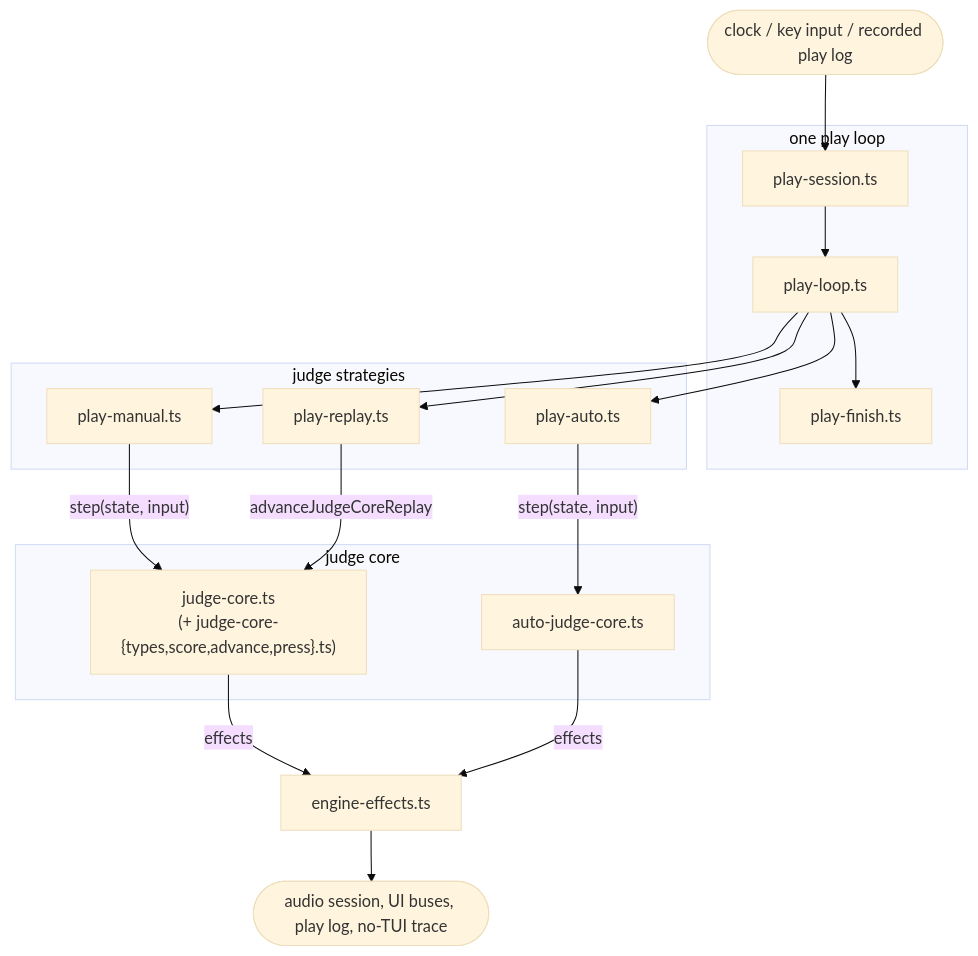
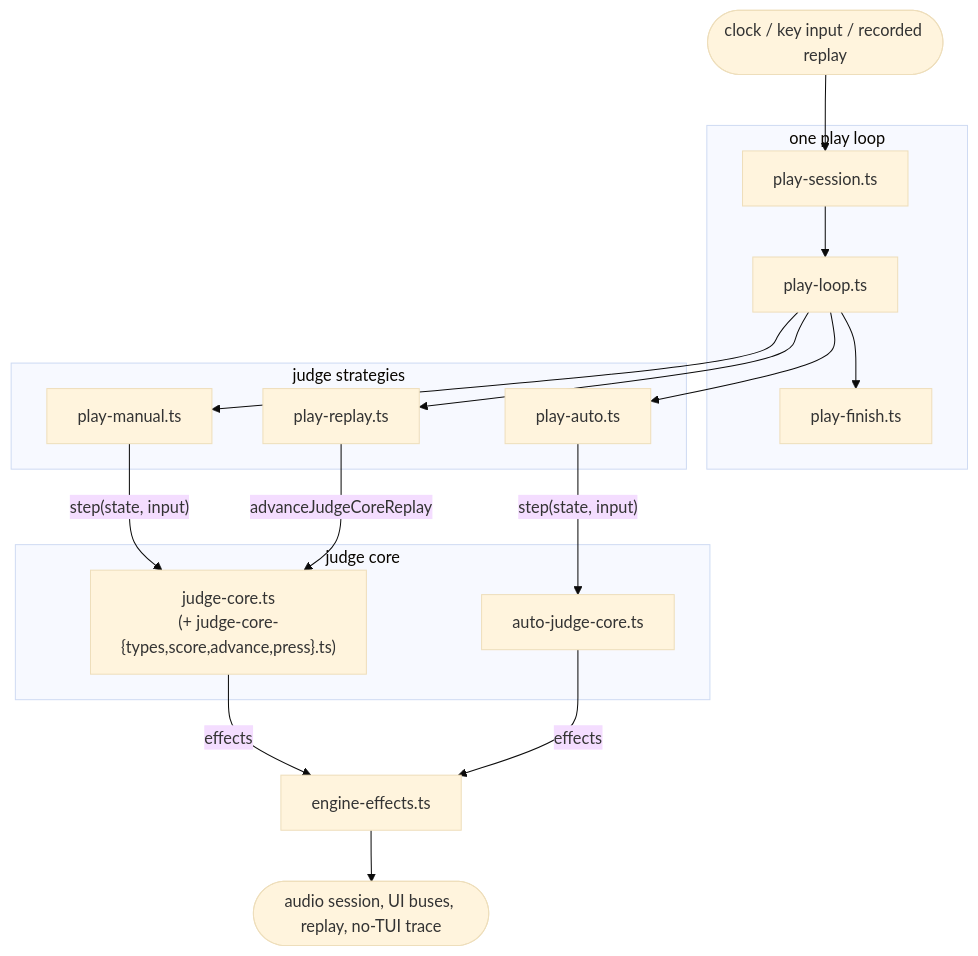
Before and after one commit to nulltask/be-music: the second of 3 diagrams in docs/architecture.md, drawn with Mermaid (base theme). The commit also changed other lines of this file and 603 other files, not shown here.

Commit message:
refactor: align chart, replay, and judgment terminology

````diff
--- a/docs/architecture.md
+++ b/docs/architecture.md
@@ -101,31 +101,31 @@
 ```mermaid
 flowchart TD
-  inputs(["clock / key input / recorded play log"])
+  inputs(["clock / key input / recorded replay"])
   subgraph loop["one play loop"]
     session["play-session.ts"]
     run["play-loop.ts"]
     finish["play-finish.ts"]
   end
   subgraph strategies["judge strategies"]
     manual["play-manual.ts"]
     replay["play-replay.ts"]
     auto["play-auto.ts"]
   end
   subgraph core["judge core"]
     judge["judge-core.ts<br/>(+ judge-core-{types,score,advance,press}.ts)"]
     autoJudge["auto-judge-core.ts"]
   end
   effects["engine-effects.ts"]
-  host(["audio session, UI buses, play log, no-TUI trace"])
+  host(["audio session, UI buses, replay, no-TUI trace"])
 
   inputs --> session --> run --> finish
   run --> manual
   run --> replay
   run --> auto
   manual -->|"step(state, input)"| judge
   replay -->|"advanceJudgeCoreReplay"| judge
   auto -->|"step(state, input)"| autoJudge
   judge -->|effects| effects
   autoJudge -->|effects| effects
   effects --> host
 ```
````
